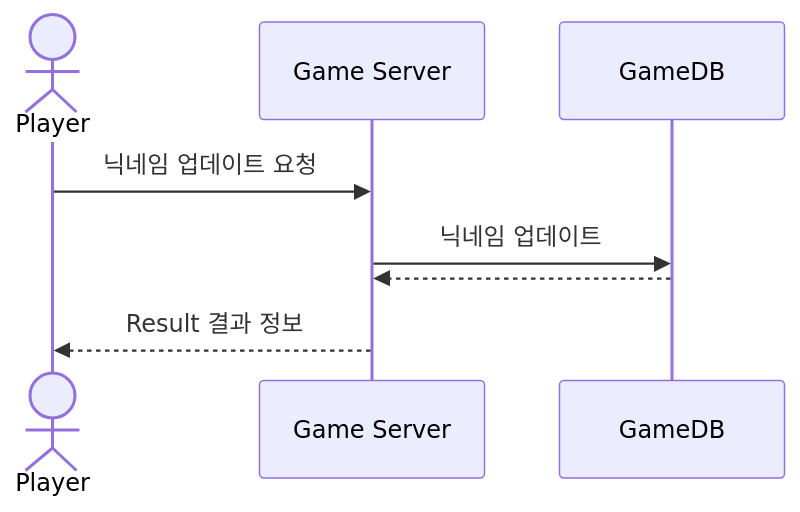
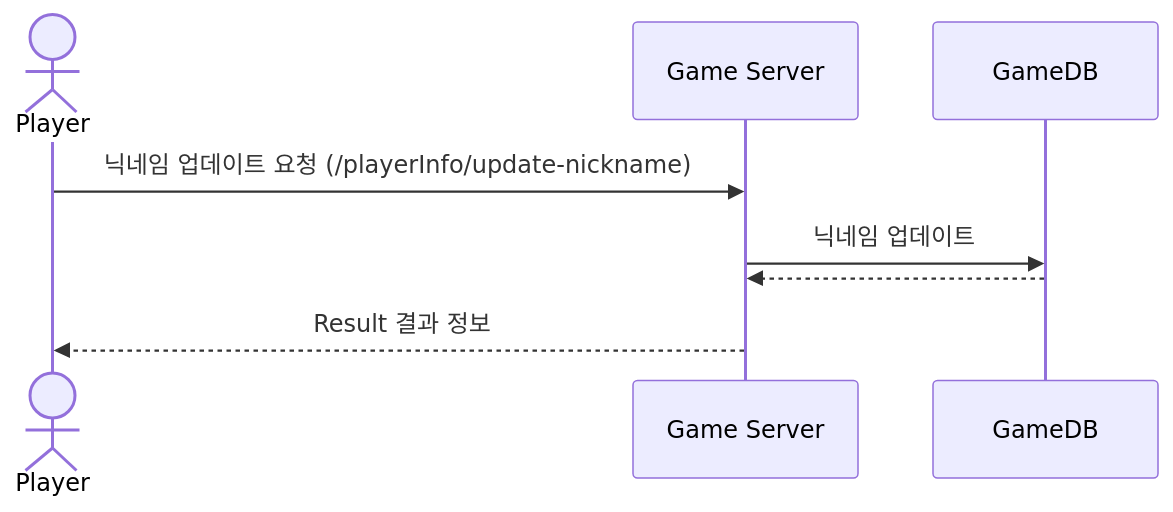
The second of 2 diagrams in SequenceDiagram/PlayerInfo.md (yujinS0/Omok-Game), drawn with Mermaid before and after one commit. The commit also changed other lines of this file, not shown here.

````diff
--- a/SequenceDiagram/PlayerInfo.md
+++ b/SequenceDiagram/PlayerInfo.md
@@ -30,12 +30,12 @@
 ```mermaid
 sequenceDiagram
 	actor Player
 	participant Game Server
   	participant GameDB
 
-	Player ->> Game Server : 닉네임 업데이트 요청
+	Player ->> Game Server : 닉네임 업데이트 요청 (/playerInfo/update-nickname)
 	Game Server ->> GameDB : 닉네임 업데이트
 	GameDB -->> Game Server :  
 	Game Server -->> Player : Result 결과 정보
 
 ```
````
